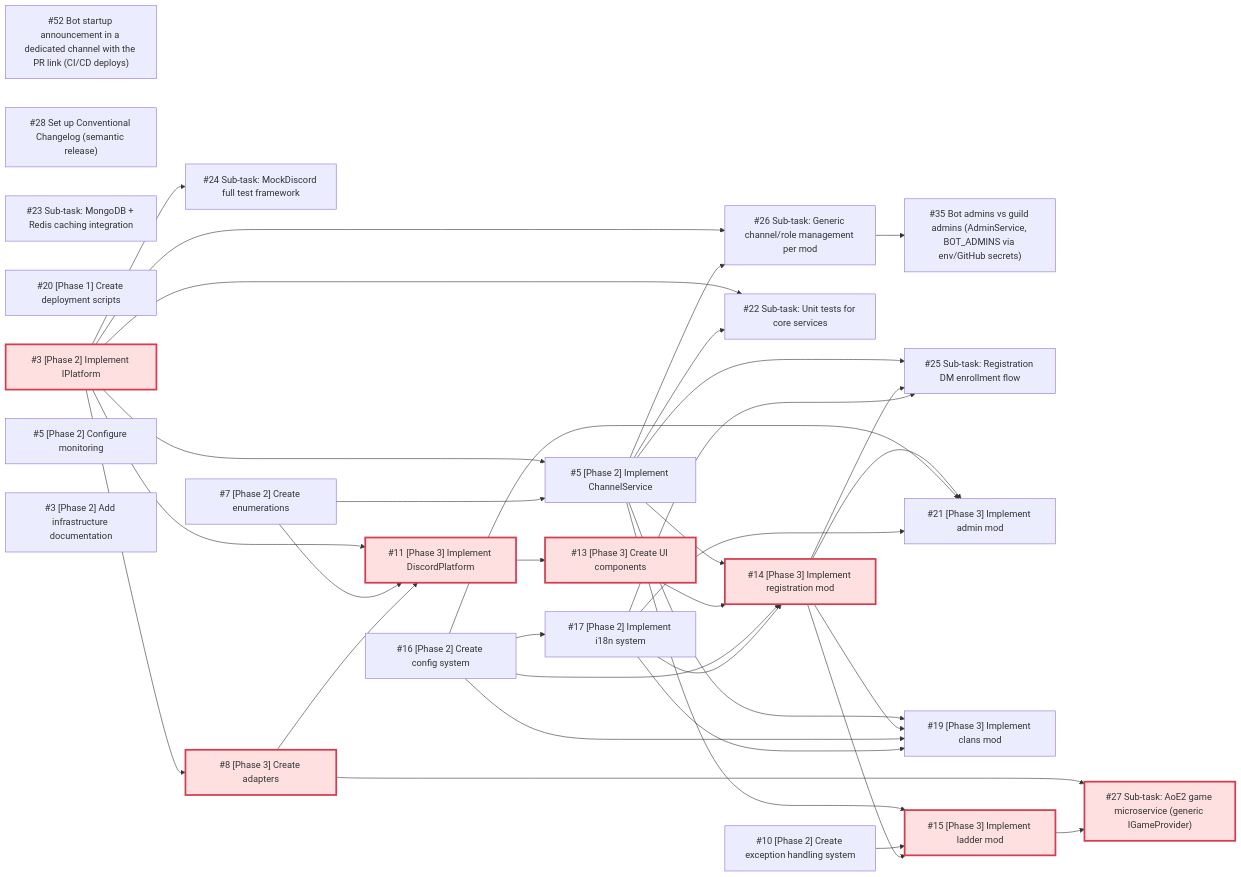
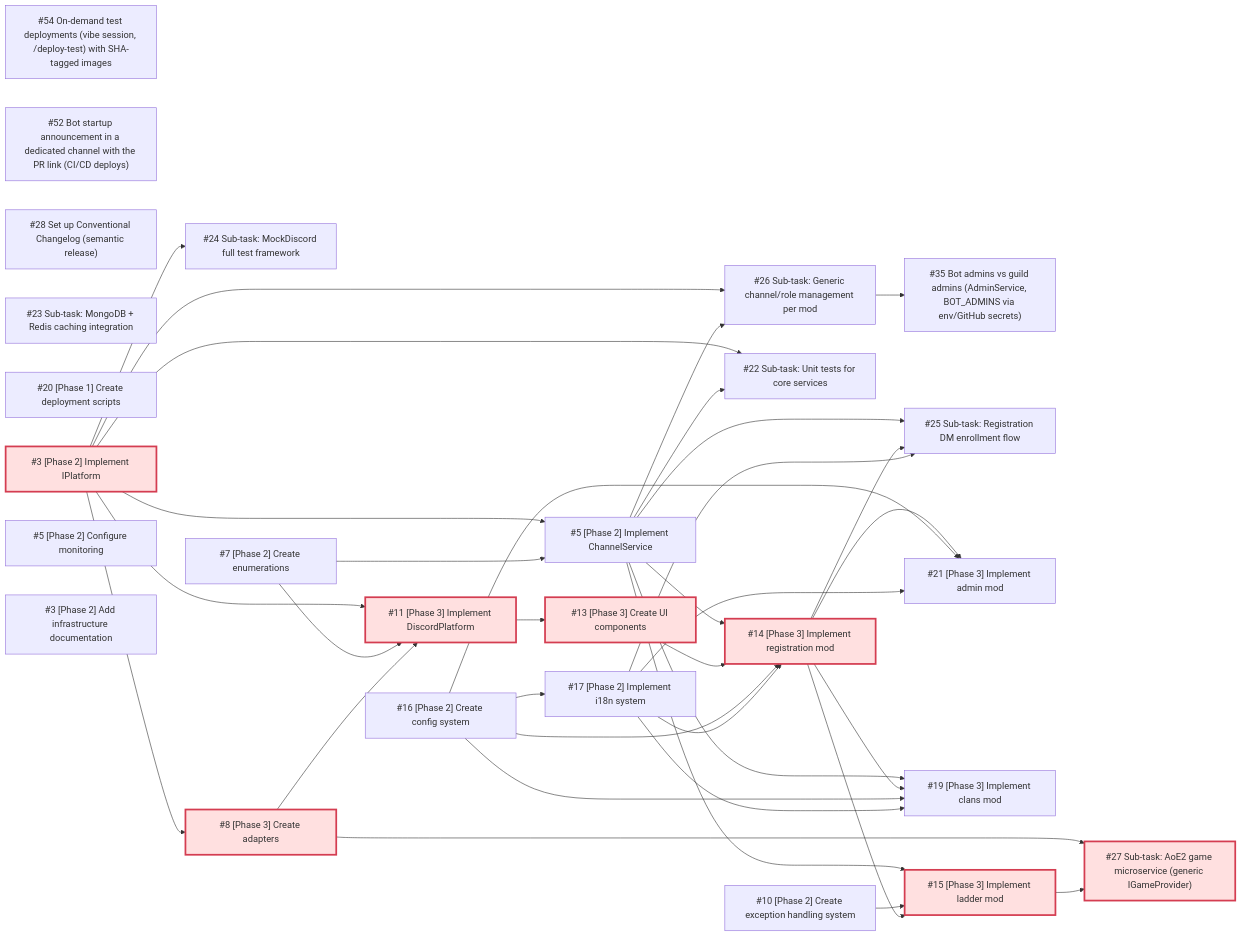
Before and after one commit to merlin-pinpin-org/kingdoms: the diagram in docs/DEPENDENCIES.md, drawn with Mermaid. The commit also changed other lines of this file and 1 other file, not shown here.

Commit message:
docs: regenerate DEPENDENCIES with #54; roadmap in-review

````diff
--- a/docs/DEPENDENCIES.md
+++ b/docs/DEPENDENCIES.md
@@ -28,63 +28,64 @@
 ```mermaid
 flowchart LR
+    ks_54["#54 On-demand test deployments (vibe session, /deploy-test) with SHA-tagged images"]
     ks_52["#52 Bot startup announcement in a dedicated channel with the PR link (CI/CD deploys)"]
     ks_35["#35 Bot admins vs guild admins (AdminService, BOT_ADMINS via env/GitHub secrets)"]
     ks_28["#28 Set up Conventional Changelog (semantic release)"]
     ks_27["#27 Sub-task: AoE2 game microservice (generic IGameProvider)"]
     ks_26["#26 Sub-task: Generic channel/role management per mod"]
     ks_25["#25 Sub-task: Registration DM enrollment flow"]
     ks_24["#24 Sub-task: MockDiscord full test framework"]
     ks_23["#23 Sub-task: MongoDB + Redis caching integration"]
     ks_22["#22 Sub-task: Unit tests for core services"]
     ks_21["#21 [Phase 3] Implement admin mod"]
     ks_20["#20 [Phase 1] Create deployment scripts"]
     ks_19["#19 [Phase 3] Implement clans mod"]
     ks_17["#17 [Phase 2] Implement i18n system"]
     ks_16["#16 [Phase 2] Create config system"]
     ks_15["#15 [Phase 3] Implement ladder mod"]
     ks_14["#14 [Phase 3] Implement registration mod"]
     ks_13["#13 [Phase 3] Create UI components"]
     ks_11["#11 [Phase 3] Implement DiscordPlatform"]
     ks_10["#10 [Phase 2] Create exception handling system"]
     ks_8["#8 [Phase 3] Create adapters"]
     ks_7["#7 [Phase 2] Create enumerations"]
     ks_5["#5 [Phase 2] Implement ChannelService"]
     ks_3["#3 [Phase 2] Implement IPlatform"]
     ki_5["#5 [Phase 2] Configure monitoring"]
     ki_3["#3 [Phase 2] Add infrastructure documentation"]
     ks_26 --> ks_35
     ks_8 --> ks_27
     ks_15 --> ks_27
     ks_3 --> ks_26
     ks_5 --> ks_26
     ks_5 --> ks_25
     ks_14 --> ks_25
     ks_17 --> ks_25
     ks_3 --> ks_24
     ks_3 --> ks_22
     ks_5 --> ks_22
     ks_14 --> ks_21
     ks_16 --> ks_21
     ks_17 --> ks_21
     ks_5 --> ks_19
     ks_14 --> ks_19
     ks_16 --> ks_19
     ks_17 --> ks_19
     ks_16 --> ks_17
     ks_5 --> ks_15
     ks_10 --> ks_15
     ks_14 --> ks_15
     ks_5 --> ks_14
     ks_13 --> ks_14
     ks_16 --> ks_14
     ks_17 --> ks_14
     ks_11 --> ks_13
     ks_3 --> ks_11
     ks_7 --> ks_11
     ks_8 --> ks_11
     ks_3 --> ks_8
     ks_3 --> ks_5
     ks_7 --> ks_5
     classDef critical fill:#ffe0e0,stroke:#d43d51,stroke-width:3px;
     class ks_3,ks_8,ks_11,ks_13,ks_14,ks_15,ks_27 critical
 ```
````
